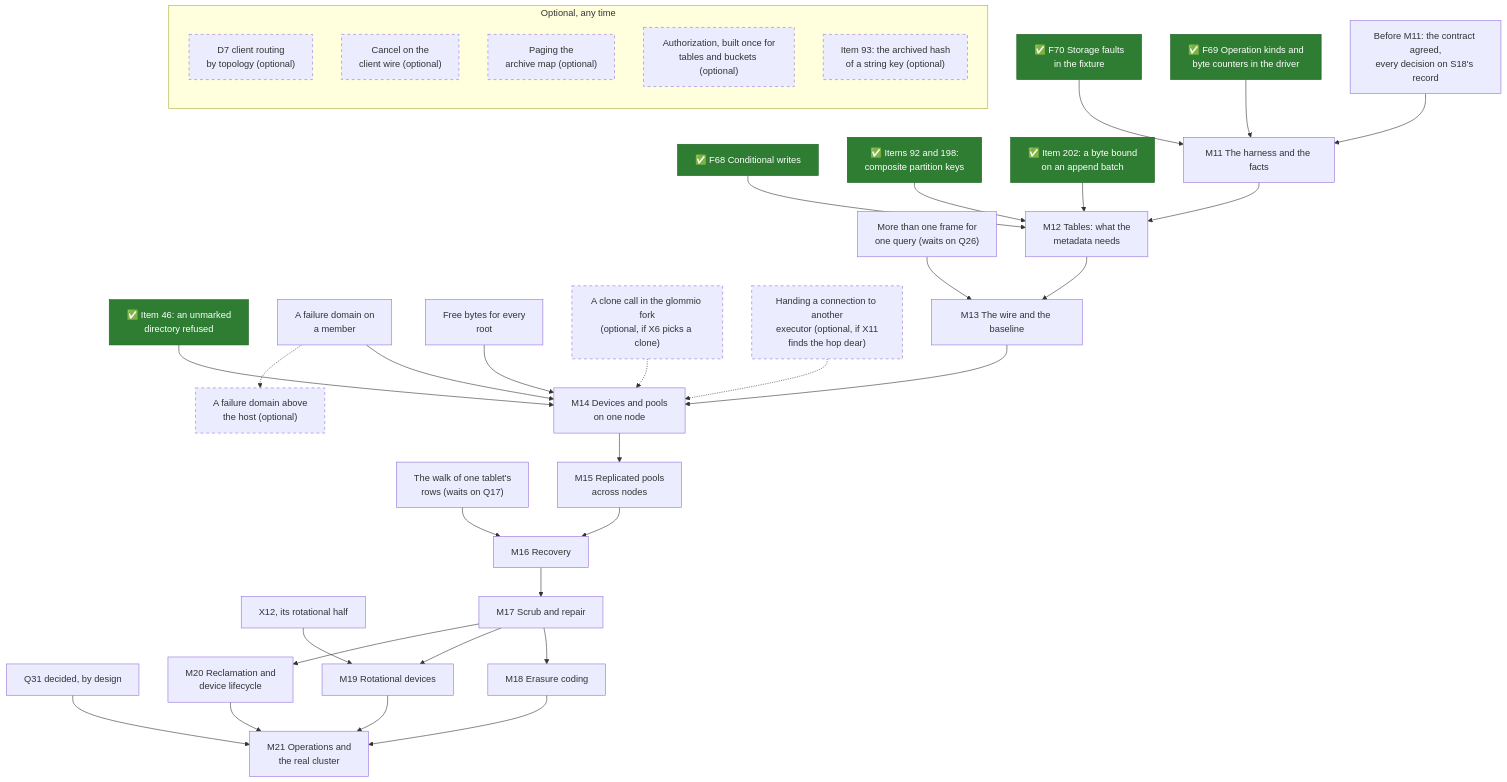
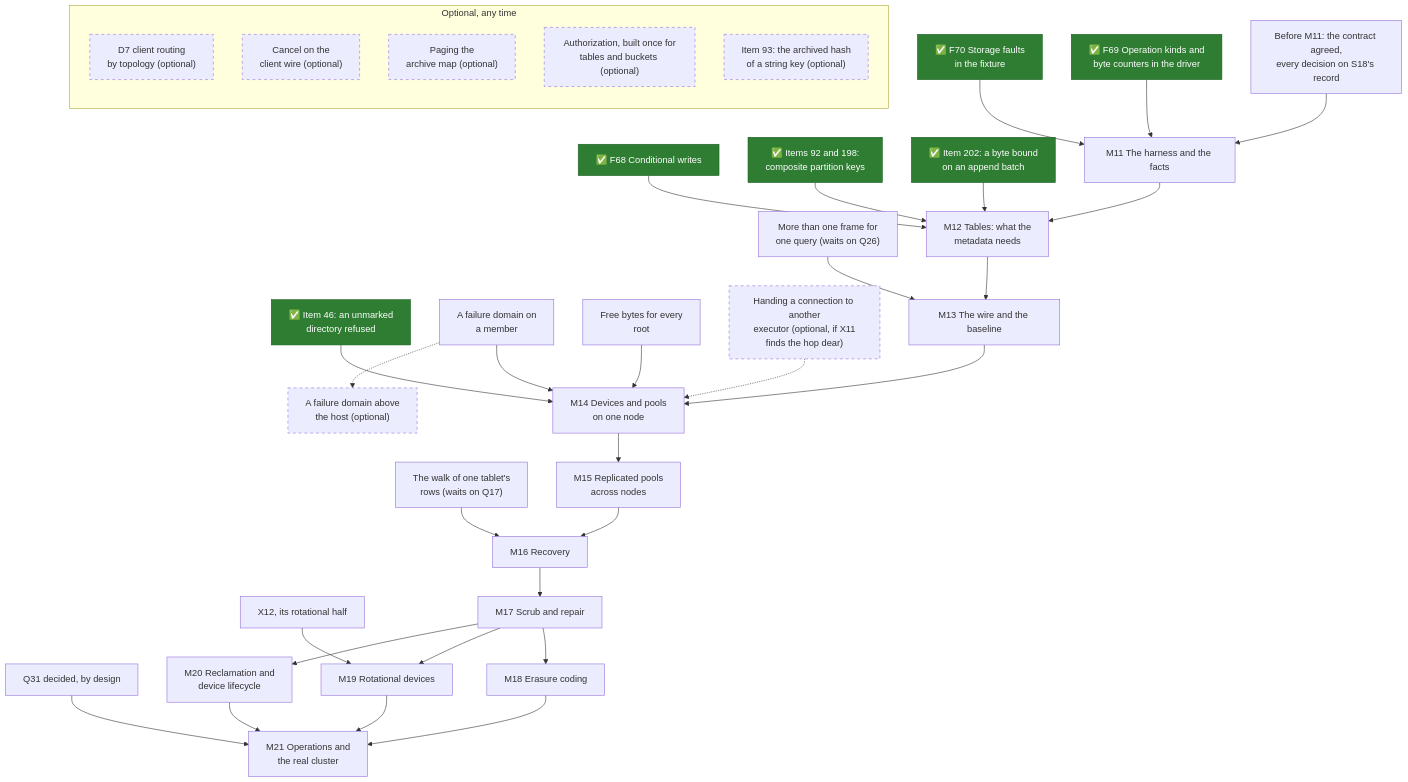
One commit to mjcarson/shoal changed the second of 2 diagrams in docs/src/object-storage/whats-left-todo.md. Above: the diagram before and after it, drawn with Mermaid. The commit also changed other lines of this file and 104 other files, not shown here.

````diff
--- a/docs/src/object-storage/whats-left-todo.md
+++ b/docs/src/object-storage/whats-left-todo.md
@@ -98,59 +99,57 @@
 ```mermaid
 flowchart TB
     classDef done fill:#2e7d32,stroke:#1b5e20,color:#ffffff
     classDef optional stroke-dasharray: 5 5
     Gate["Before M11: the contract agreed,<br>every decision on S18's record"]
     F69["✅ F69 Operation kinds and<br>byte counters in the driver"]:::done
     F70["✅ F70 Storage faults<br>in the fixture"]:::done
     F68["✅ F68 Conditional writes"]:::done
     I198["✅ Items 92 and 198:<br>composite partition keys"]:::done
     I202["✅ Item 202: a byte bound<br>on an append batch"]:::done
     I46["✅ Item 46: an unmarked<br>directory refused"]:::done
     Frames["More than one frame for<br>one query (waits on Q26)"]
     Domain["A failure domain on<br>a member"]
     Free["Free bytes for every<br>root"]
     Walk["The walk of one tablet's<br>rows (waits on Q17)"]
-    Clone["A clone call in the glommio fork<br>(optional, if X6 picks a clone)"]:::optional
     Handoff["Handing a connection to another<br>executor (optional, if X11<br>finds the hop dear)"]:::optional
     Rack["A failure domain above<br>the host (optional)"]:::optional
     X12r["X12, its rotational half"]
     Q31["Q31 decided, by design"]
     M11["M11 The harness and the facts"]
     M12["M12 Tables: what the<br>metadata needs"]
     M13["M13 The wire and the baseline"]
     M14["M14 Devices and pools<br>on one node"]
     M15["M15 Replicated pools<br>across nodes"]
     M16["M16 Recovery"]
     M17["M17 Scrub and repair"]
     M18["M18 Erasure coding"]
     M19["M19 Rotational devices"]
     M20["M20 Reclamation and<br>device lifecycle"]
     M21["M21 Operations and<br>the real cluster"]
     Gate --> M11 --> M12 --> M13 --> M14 --> M15 --> M16 --> M17
     M17 --> M18 --> M21
     M17 --> M19 --> M21
     M17 --> M20 --> M21
     F69 --> M11
     F70 --> M11
     F68 --> M12
     I198 --> M12
     I202 --> M12
     Frames --> M13
     I46 --> M14
     Domain --> M14
     Free --> M14
-    Clone -.-> M14
     Handoff -.-> M14
     Domain -.-> Rack
     Walk --> M16
     X12r --> M19
     Q31 --> M21
     subgraph anytime["Optional, any time"]
         direction TB
         D7["D7 client routing<br>by topology (optional)"]:::optional
         Cancel["Cancel on the<br>client wire (optional)"]:::optional
         Paging["Paging the<br>archive map (optional)"]:::optional
         Authz["Authorization, built once for<br>tables and buckets (optional)"]:::optional
         I93["Item 93: the archived hash<br>of a string key (optional)"]:::optional
     end
 ```
````
